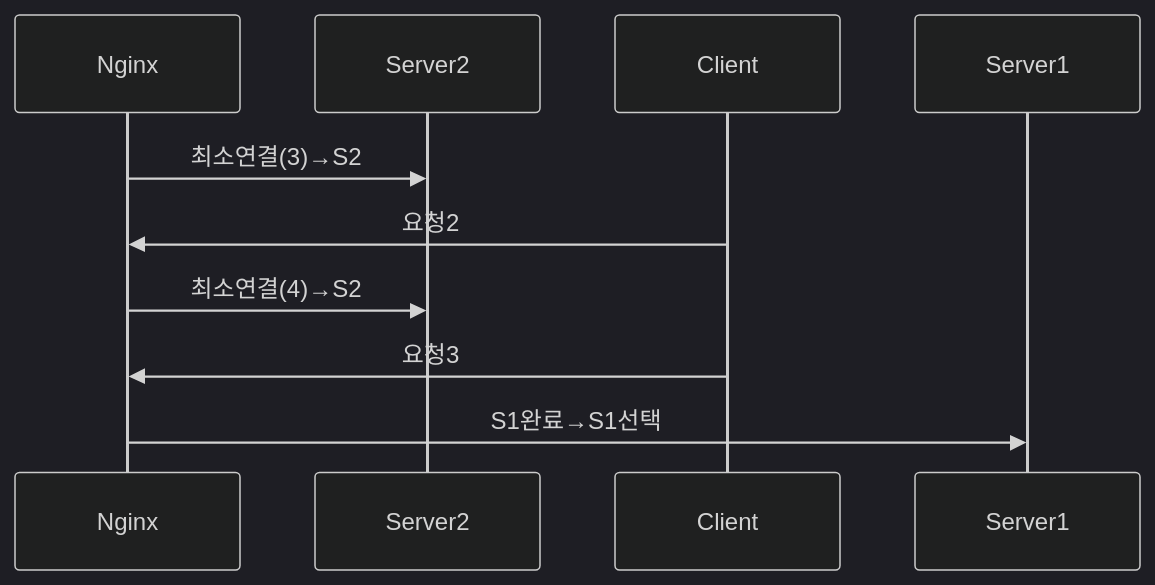
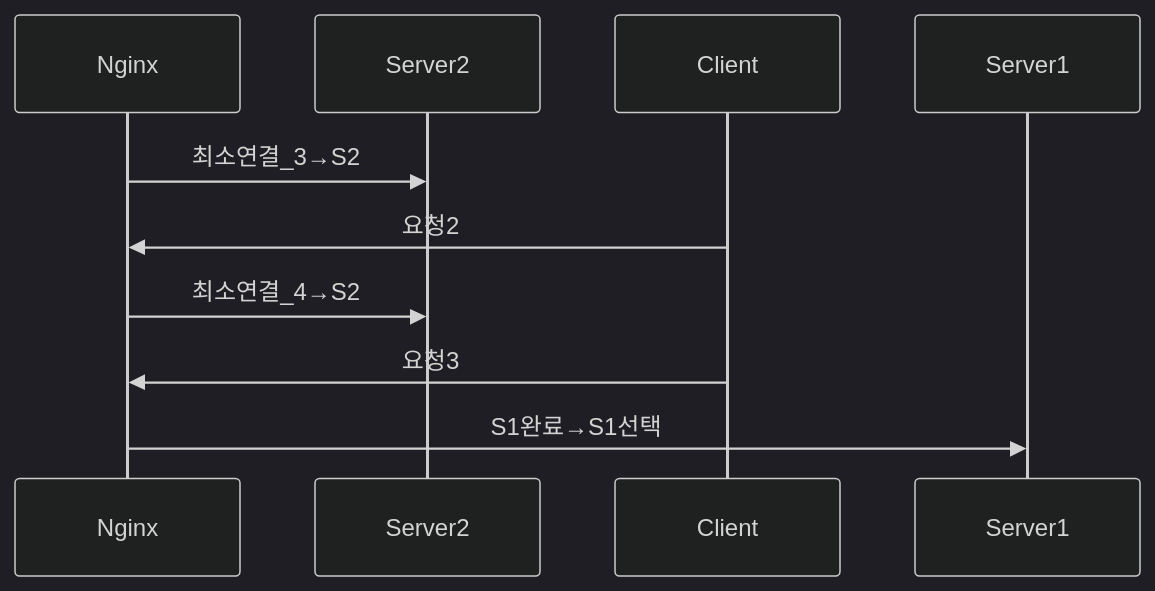
The tenth of 18 diagrams in _posts/server/2026-05-01-nginx.md (yjkim2015/yjkim2015.github.io), drawn with Mermaid (dark theme) before and after one commit. The commit also changed other lines of this file and 85 other files, not shown here.

First line of the commit message:
sequenceDiagram 문법 에러 2차 수정 169개 (86파일)

````diff
--- a/_posts/server/2026-05-01-nginx.md
+++ b/_posts/server/2026-05-01-nginx.md
@@ -355,8 +355,8 @@
 ```mermaid
 sequenceDiagram
-    Nginx->>Server2: 최소연결(3)→S2
+    Nginx->>Server2: 최소연결_3→S2
     Client->>Nginx: 요청2
-    Nginx->>Server2: 최소연결(4)→S2
+    Nginx->>Server2: 최소연결_4→S2
     Client->>Nginx: 요청3
     Nginx->>Server1: S1완료→S1선택
 ```
````
